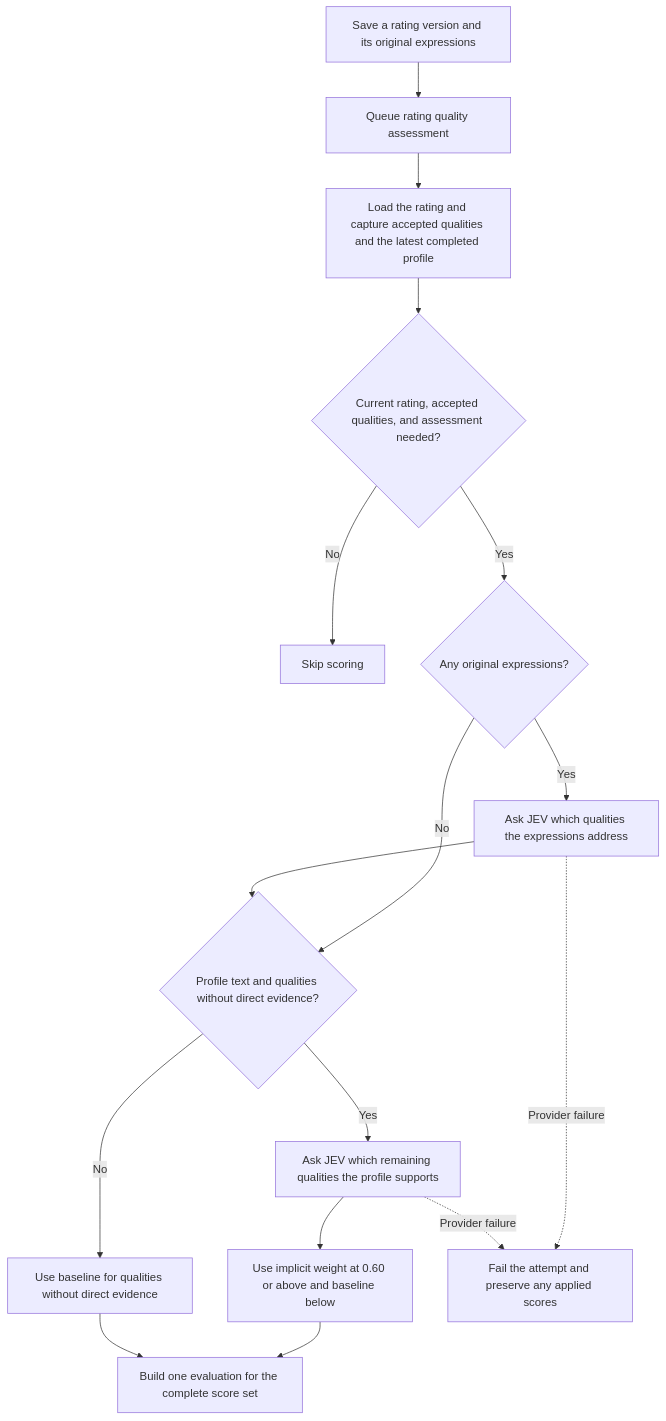
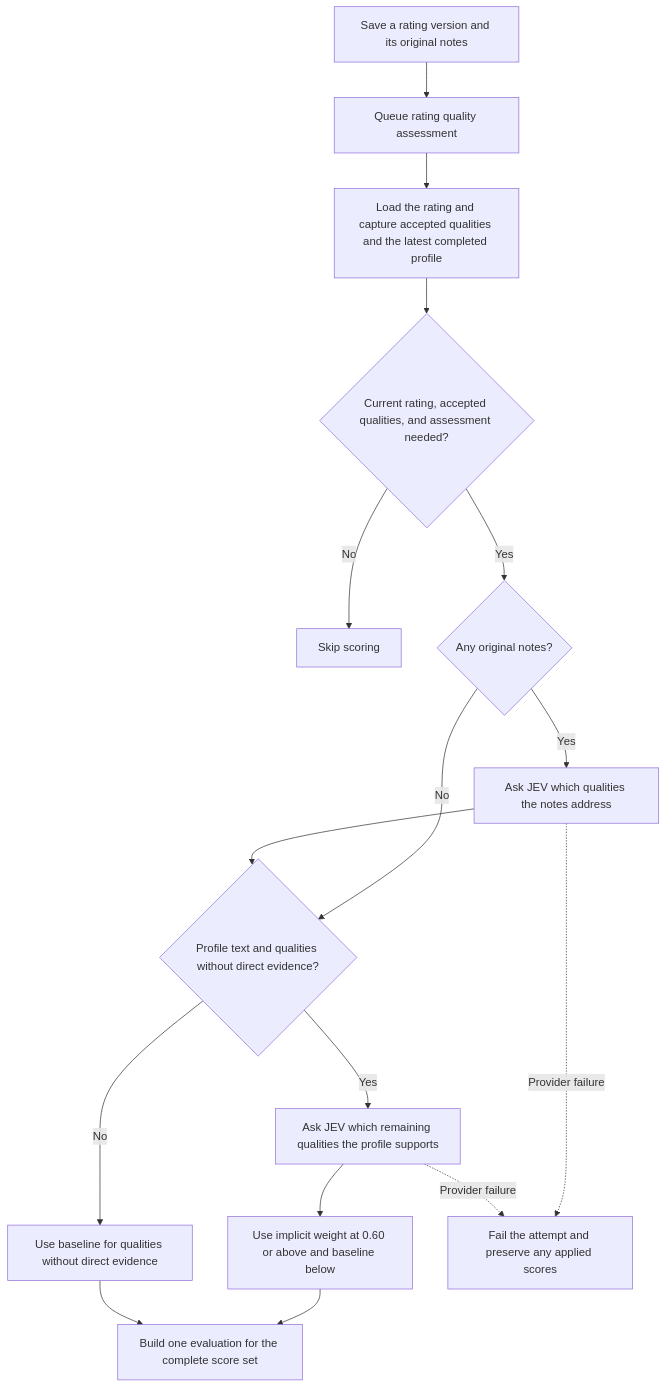
One commit to adambelton/glutton changed the third of 6 diagrams in docs/ratings_scoring_design.md. Above: the diagram before and after it, drawn with Mermaid. The commit also changed other lines of this file and 100 other files, not shown here.

````diff
--- a/docs/ratings_scoring_design.md
+++ b/docs/ratings_scoring_design.md
@@ -95,18 +95,18 @@
 ```mermaid
 flowchart TD
-    A["Save a rating version and its original expressions"] --> B["Queue rating quality assessment"]
+    A["Save a rating version and its original notes"] --> B["Queue rating quality assessment"]
     B --> C["Load the rating and capture accepted qualities and the latest completed profile"]
     C --> D{"Current rating, accepted qualities, and assessment needed?"}
     D -- No --> E["Skip scoring"]
-    D -- Yes --> F{"Any original expressions?"}
-    F -- Yes --> G["Ask JEV which qualities the expressions address"]
+    D -- Yes --> F{"Any original notes?"}
+    F -- Yes --> G["Ask JEV which qualities the notes address"]
     F -- No --> H{"Profile text and qualities without direct evidence?"}
     G --> H
     H -- Yes --> I["Ask JEV which remaining qualities the profile supports"]
     I --> J["Use implicit weight at 0.60 or above and baseline below"]
     H -- No --> K["Use baseline for qualities without direct evidence"]
     J --> L["Build one evaluation for the complete score set"]
     K --> L
     G -. Provider failure .-> M["Fail the attempt and preserve any applied scores"]
     I -. Provider failure .-> M
 ```
````
